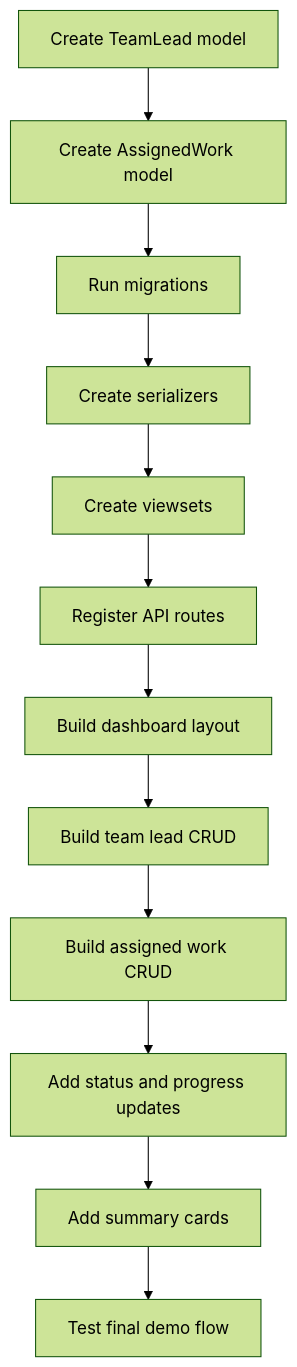
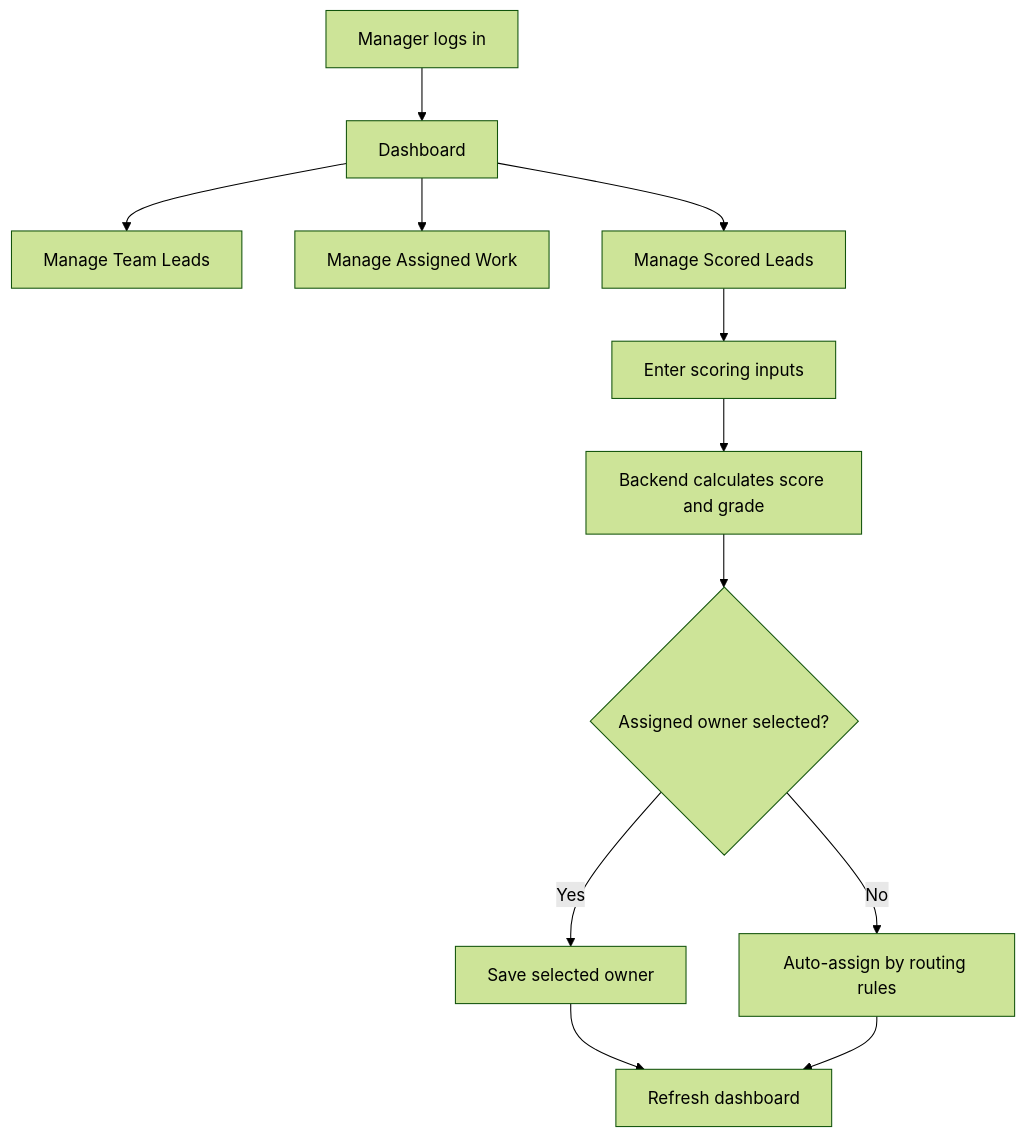
The second of 2 diagrams in READMELeadmanagement.md (Sonjoy209164/LeadManagement), drawn with Mermaid (forest theme) before and after one commit. The commit also changed other lines of this file and 5 other files, not shown here.

````diff
--- a/READMELeadmanagement.md
+++ b/READMELeadmanagement.md
@@ -479,14 +287,14 @@
 ```mermaid
 flowchart TD
-    A[Create TeamLead model] --> B[Create AssignedWork model]
-    B --> C[Run migrations]
-    C --> D[Create serializers]
-    D --> E[Create viewsets]
-    E --> F[Register API routes]
-    F --> G[Build dashboard layout]
-    G --> H[Build team lead CRUD]
-    H --> I[Build assigned work CRUD]
-    I --> J[Add status and progress updates]
-    J --> K[Add summary cards]
-    K --> L[Test final demo flow]
+    A[Manager logs in] --> B[Dashboard]
+    B --> C[Manage Team Leads]
+    B --> D[Manage Assigned Work]
+    B --> E[Manage Scored Leads]
+    E --> F[Enter scoring inputs]
+    F --> G[Backend calculates score and grade]
+    G --> H{Assigned owner selected?}
+    H -->|Yes| I[Save selected owner]
+    H -->|No| J[Auto-assign by routing rules]
+    I --> K[Refresh dashboard]
+    J --> K
 ```
````
